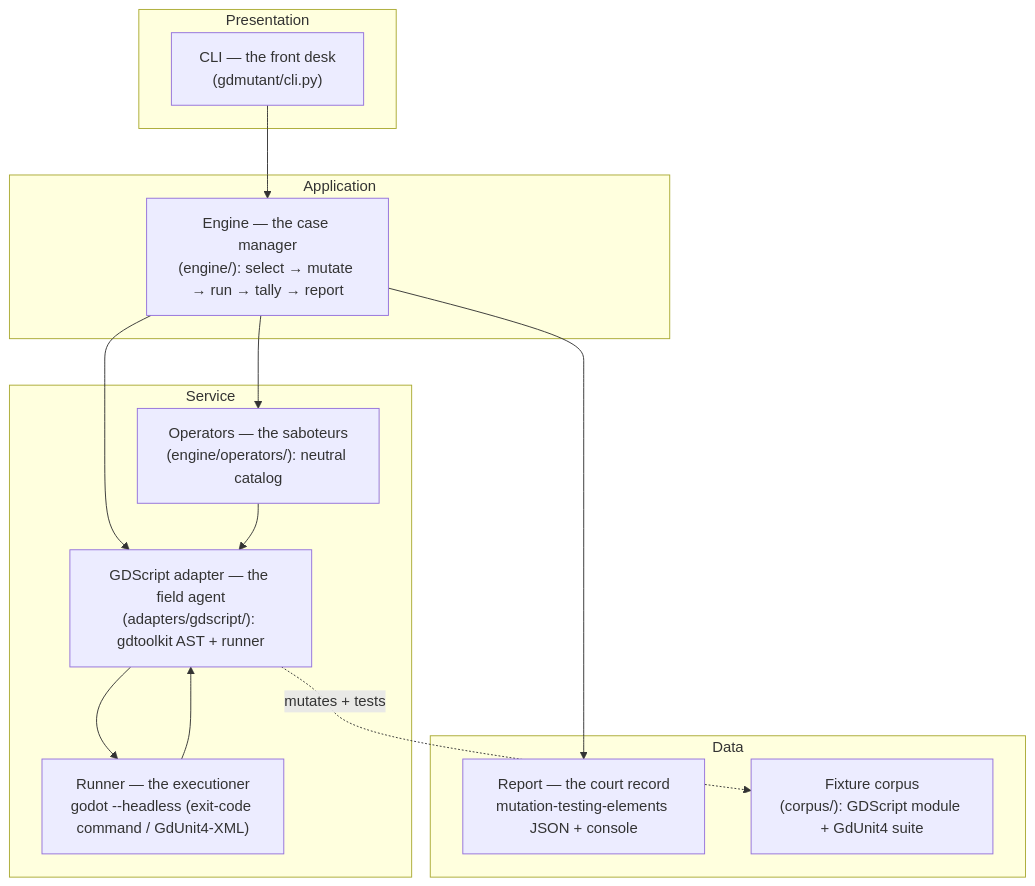
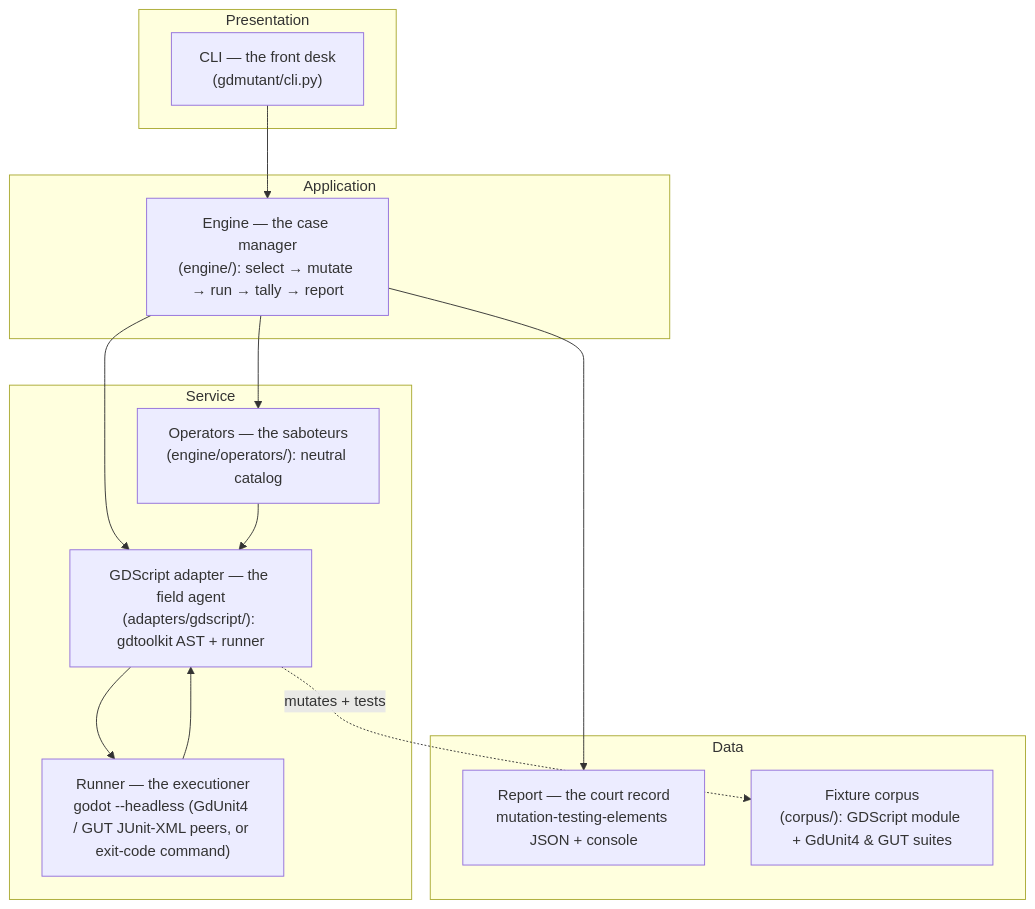
One commit to kphutt/gdmutant changed the diagram in docs/design/DESIGN.md. Above: the diagram before and after it, drawn with Mermaid. The commit also changed other lines of this file and 20 other files, not shown here.

First line of the commit message:
feat: first-class GUT support via a runner-agnostic adapter seam (#95)

````diff
--- a/docs/design/DESIGN.md
+++ b/docs/design/DESIGN.md
@@ -125,27 +130,27 @@
 ```mermaid
 graph TD
     subgraph Presentation
         CLI["CLI — the front desk<br/>(gdmutant/cli.py)"]
     end
     subgraph Application
         ENGINE["Engine — the case manager<br/>(engine/): select → mutate → run → tally → report"]
     end
     subgraph Service
         OPS["Operators — the saboteurs<br/>(engine/operators/): neutral catalog"]
         ADAPT["GDScript adapter — the field agent<br/>(adapters/gdscript/): gdtoolkit AST + runner"]
-        RUN["Runner — the executioner<br/>godot --headless (exit-code command / GdUnit4-XML)"]
+        RUN["Runner — the executioner<br/>godot --headless (GdUnit4 / GUT JUnit-XML peers, or exit-code command)"]
     end
     subgraph Data
         SCHEMA["Report — the court record<br/>mutation-testing-elements JSON + console"]
-        CORPUS["Fixture corpus<br/>(corpus/): GDScript module + GdUnit4 suite"]
+        CORPUS["Fixture corpus<br/>(corpus/): GDScript module + GdUnit4 & GUT suites"]
     end
 
     CLI --> ENGINE
     ENGINE --> OPS
     ENGINE --> ADAPT
     OPS --> ADAPT
     ADAPT --> RUN
     RUN --> ADAPT
     ENGINE --> SCHEMA
     ADAPT -.mutates + tests.-> CORPUS
 ```
````
